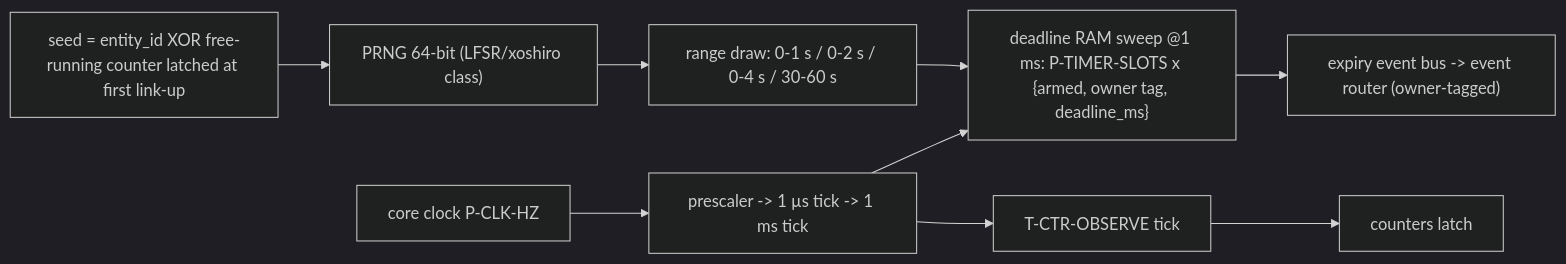
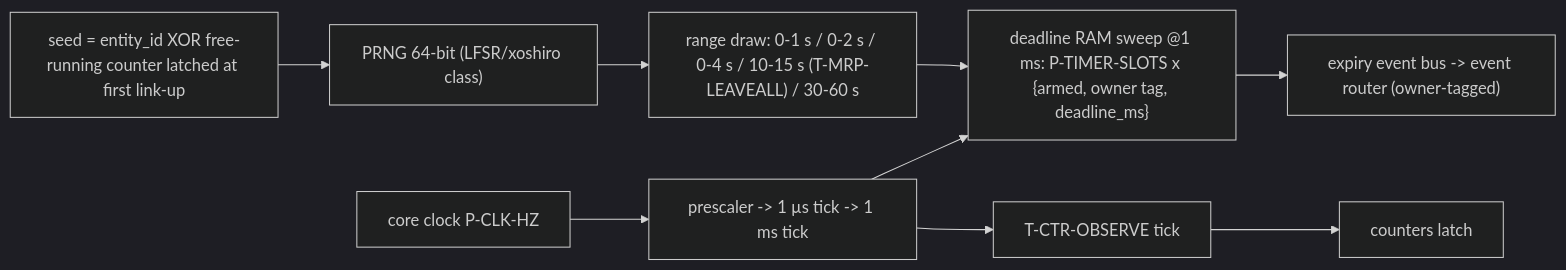
One commit to Mister-M-alt/protocol-processor-control-plane-avb-milan changed the diagram in docs/architecture/08_timing.md. Above: the diagram before and after it, drawn with Mermaid (dark theme). The commit also changed other lines of this file and 9 other files, not shown here.

````diff
--- a/docs/architecture/08_timing.md
+++ b/docs/architecture/08_timing.md
@@ -52,11 +52,11 @@
 ```mermaid
 flowchart LR
   clk["core clock P-CLK-HZ"] --> ps["prescaler -> 1 µs tick -> 1 ms tick"]
   ps --> ramsweep["deadline RAM sweep @1 ms: P-TIMER-SLOTS x {armed, owner tag, deadline_ms}"]
   ramsweep --> evb["expiry event bus -> event router (owner-tagged)"]
-  prng["PRNG 64-bit (LFSR/xoshiro class)"] --> draw["range draw: 0-1 s / 0-2 s / 0-4 s / 30-60 s"]
+  prng["PRNG 64-bit (LFSR/xoshiro class)"] --> draw["range draw: 0-1 s / 0-2 s / 0-4 s / 10-15 s (T-MRP-LEAVEALL) / 30-60 s"]
   seed["seed = entity_id XOR free-running counter latched at first link-up"] --> prng
   draw --> ramsweep
   obs["T-CTR-OBSERVE tick"] --> ctrs["counters latch"]
   ps --> obs
 ```
````
